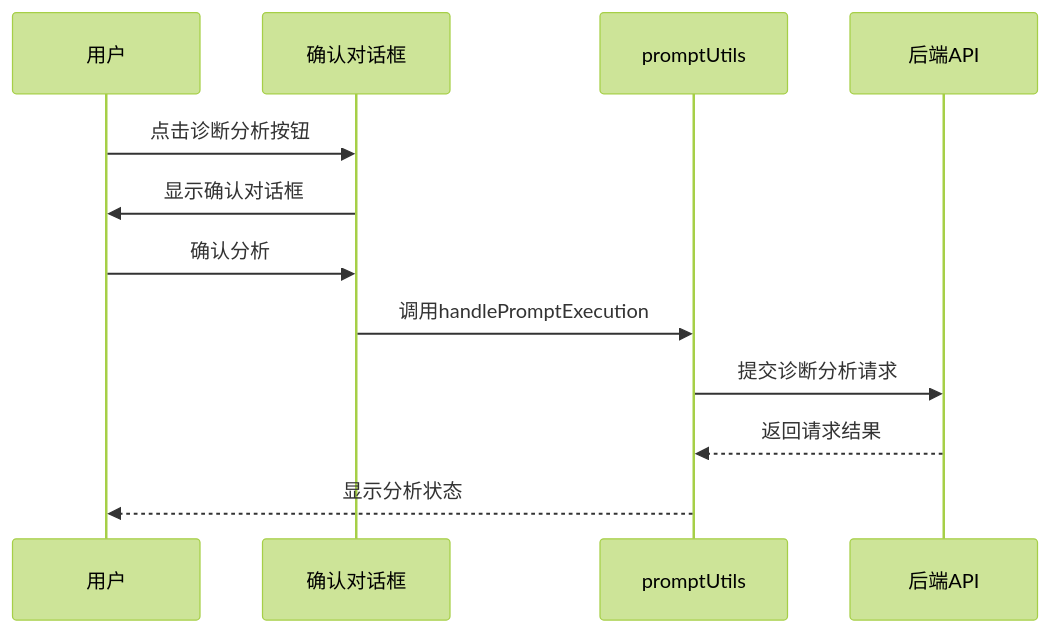
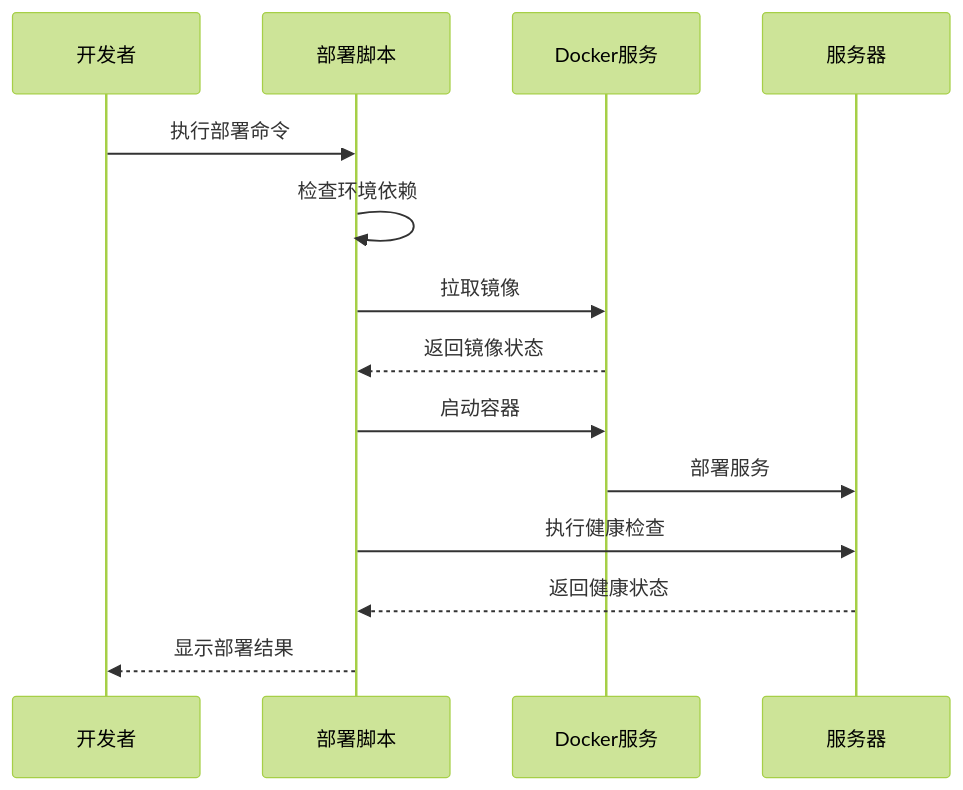
Before and after one commit to liuzh2008/med_ai_assistant_workspace: the ninth of 18 diagrams in .qoder/repowiki/zh/content/Update Summary/Update Summary.md, drawn with Mermaid (forest theme). The commit also changed other lines of this file and 3 other files, not shown here.

````diff
--- a/.qoder/repowiki/zh/content/Update Summary/Update Summary.md
+++ b/.qoder/repowiki/zh/content/Update Summary/Update Summary.md
@@ -421,14 +508,16 @@
 ```mermaid
 sequenceDiagram
-participant User as 用户
-participant Dialog as 确认对话框
-participant Utils as promptUtils
-participant API as 后端API
-User->>Dialog : 点击诊断分析按钮
-Dialog->>User : 显示确认对话框
-User->>Dialog : 确认分析
-Dialog->>Utils : 调用handlePromptExecution
-Utils->>API : 提交诊断分析请求
-API-->>Utils : 返回请求结果
-Utils-->>User : 显示分析状态
+participant Dev as 开发者
+participant Script as 部署脚本
+participant Docker as Docker服务
+participant Server as 服务器
+Dev->>Script : 执行部署命令
+Script->>Script : 检查环境依赖
+Script->>Docker : 拉取镜像
+Docker-->>Script : 返回镜像状态
+Script->>Docker : 启动容器
+Docker->>Server : 部署服务
+Script->>Server : 执行健康检查
+Server-->>Script : 返回健康状态
+Script-->>Dev : 显示部署结果
 ```
````
